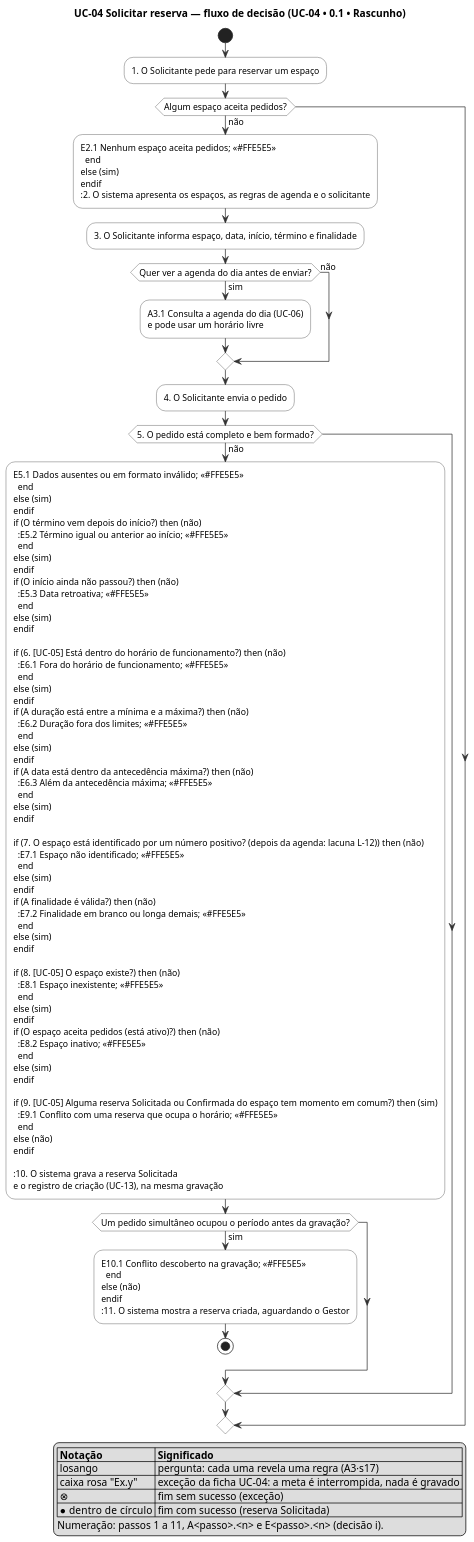
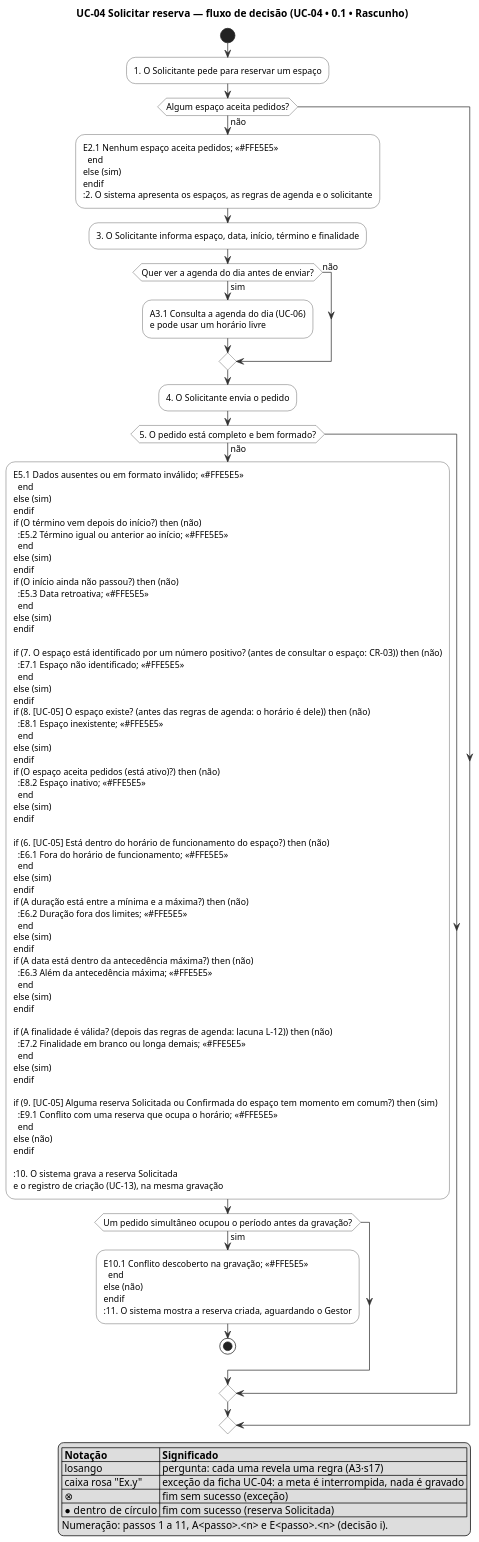
The diagram in docs/fontes/requisitos/casos-de-uso/fluxo-solicitar-reserva.puml (maxzdosreis/PP_Grupo03_ConectaCampus), drawn with PlantUML before and after one commit. The commit also changed 130 other files, not shown here.

Commit message:
feat(espacos): permite configurar o horário de funcionamento por espaço e atualiza os valores da agenda

```diff
--- a/docs/fontes/requisitos/casos-de-uso/fluxo-solicitar-reserva.puml
+++ b/docs/fontes/requisitos/casos-de-uso/fluxo-solicitar-reserva.puml
@@ -1,116 +1,116 @@
 @startuml fluxo-solicitar-reserva
 ' Fluxo de decisão de UC-04 Solicitar reserva (REQ-04), diagrama de atividade de apoio (A3·s17).
 ' Fonte versionada. Os arquivos .svg e .png ao lado são GERADOS a partir deste
 ' arquivo (comando no README.md desta pasta): não os edite à mão.
 ' Cada pergunta leva à exceção da ficha UC-04-solicitar-reserva.md com o mesmo ID,
 ' na ordem real das verificações. O script verificar_casos_de_uso.py confere os IDs.
 
 skinparam dpi 120
 skinparam shadowing false
 skinparam defaultFontSize 12
 skinparam ArrowColor #333333
 skinparam ActivityBorderColor #333333
 skinparam ActivityBackgroundColor #FFFFFF
 skinparam ActivityDiamondBorderColor #333333
 skinparam ActivityDiamondBackgroundColor #FFFFFF
 skinparam NoteBorderColor #888888
 skinparam NoteBackgroundColor #FFFBE6
 
 title UC-04 Solicitar reserva — fluxo de decisão (UC-04 • 0.1 • Rascunho)
 
 start
 :1. O Solicitante pede para reservar um espaço;
 if (Algum espaço aceita pedidos?) then (não)
   :E2.1 Nenhum espaço aceita pedidos; <<#FFE5E5>>
   end
 else (sim)
 endif
 :2. O sistema apresenta os espaços, as regras de agenda e o solicitante;
 :3. O Solicitante informa espaço, data, início, término e finalidade;
 if (Quer ver a agenda do dia antes de enviar?) then (sim)
   :A3.1 Consulta a agenda do dia (UC-06)
   e pode usar um horário livre;
 else (não)
 endif
 :4. O Solicitante envia o pedido;
 
 if (5. O pedido está completo e bem formado?) then (não)
   :E5.1 Dados ausentes ou em formato inválido; <<#FFE5E5>>
   end
 else (sim)
 endif
 if (O término vem depois do início?) then (não)
   :E5.2 Término igual ou anterior ao início; <<#FFE5E5>>
   end
 else (sim)
 endif
 if (O início ainda não passou?) then (não)
   :E5.3 Data retroativa; <<#FFE5E5>>
   end
 else (sim)
 endif
 
-if (6. [UC-05] Está dentro do horário de funcionamento?) then (não)
+if (7. O espaço está identificado por um número positivo? (antes de consultar o espaço: CR-03)) then (não)
+  :E7.1 Espaço não identificado; <<#FFE5E5>>
+  end
+else (sim)
+endif
+if (8. [UC-05] O espaço existe? (antes das regras de agenda: o horário é dele)) then (não)
+  :E8.1 Espaço inexistente; <<#FFE5E5>>
+  end
+else (sim)
+endif
+if (O espaço aceita pedidos (está ativo)?) then (não)
+  :E8.2 Espaço inativo; <<#FFE5E5>>
+  end
+else (sim)
+endif
+
+if (6. [UC-05] Está dentro do horário de funcionamento do espaço?) then (não)
   :E6.1 Fora do horário de funcionamento; <<#FFE5E5>>
   end
 else (sim)
 endif
 if (A duração está entre a mínima e a máxima?) then (não)
   :E6.2 Duração fora dos limites; <<#FFE5E5>>
   end
 else (sim)
 endif
 if (A data está dentro da antecedência máxima?) then (não)
   :E6.3 Além da antecedência máxima; <<#FFE5E5>>
   end
 else (sim)
 endif
 
-if (7. O espaço está identificado por um número positivo? (depois da agenda: lacuna L-12)) then (não)
-  :E7.1 Espaço não identificado; <<#FFE5E5>>
-  end
-else (sim)
-endif
-if (A finalidade é válida?) then (não)
+if (A finalidade é válida? (depois das regras de agenda: lacuna L-12)) then (não)
   :E7.2 Finalidade em branco ou longa demais; <<#FFE5E5>>
-  end
-else (sim)
-endif
-
-if (8. [UC-05] O espaço existe?) then (não)
-  :E8.1 Espaço inexistente; <<#FFE5E5>>
-  end
-else (sim)
-endif
-if (O espaço aceita pedidos (está ativo)?) then (não)
-  :E8.2 Espaço inativo; <<#FFE5E5>>
   end
 else (sim)
 endif
 
 if (9. [UC-05] Alguma reserva Solicitada ou Confirmada do espaço tem momento em comum?) then (sim)
   :E9.1 Conflito com uma reserva que ocupa o horário; <<#FFE5E5>>
   end
 else (não)
 endif
 
 :10. O sistema grava a reserva Solicitada
 e o registro de criação (UC-13), na mesma gravação;
 if (Um pedido simultâneo ocupou o período antes da gravação?) then (sim)
   :E10.1 Conflito descoberto na gravação; <<#FFE5E5>>
   end
 else (não)
 endif
 :11. O sistema mostra a reserva criada, aguardando o Gestor;
 stop
 
 legend right
   |= Notação |= Significado |
   | losango | pergunta: cada uma revela uma regra (A3·s17) |
   | caixa rosa "Ex.y" | exceção da ficha UC-04: a meta é interrompida, nada é gravado |
   | ⊗ | fim sem sucesso (exceção) |
   | ● dentro de círculo | fim com sucesso (reserva Solicitada) |
   Numeração: passos 1 a 11, A<passo>.<n> e E<passo>.<n> (decisão i).
 endlegend
 
 @enduml
```
